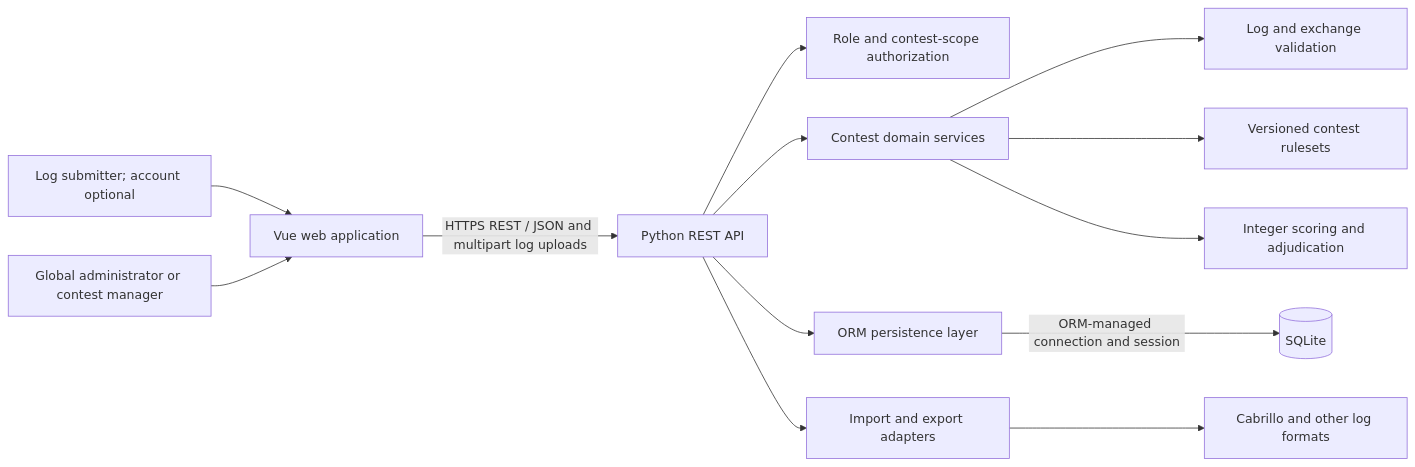
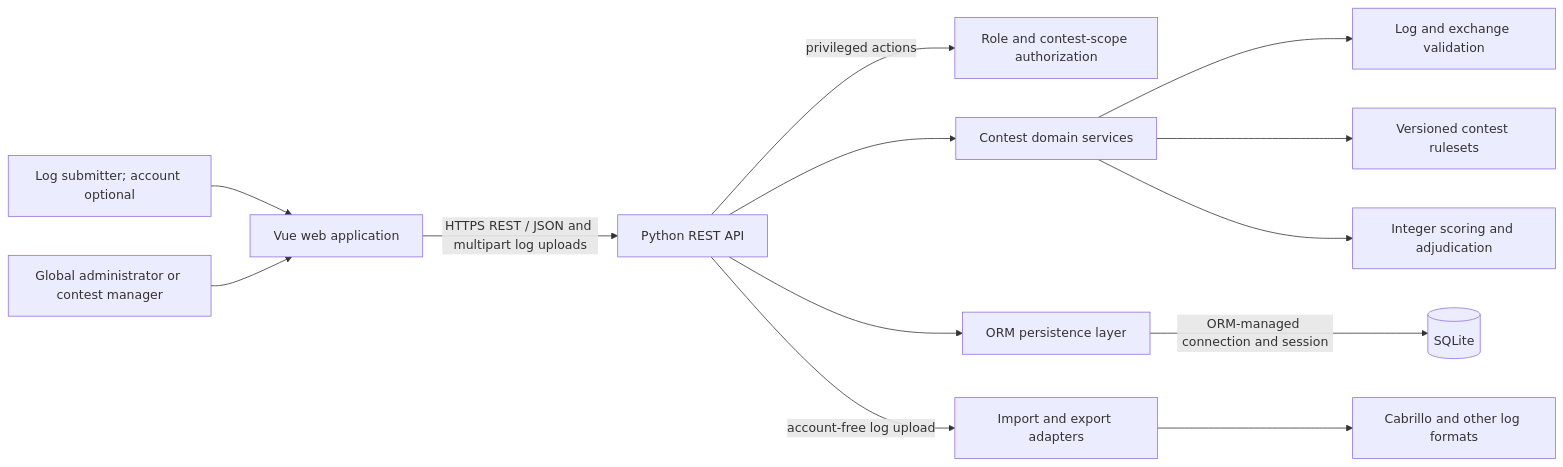
Before and after one commit to ea7klk/contestmaster: the first of 2 diagrams in documentation/README.md, drawn with Mermaid. The commit also changed other lines of this file, not shown here.

Commit message:
Clarify guest submission in role and data diagrams

````diff
--- a/documentation/README.md
+++ b/documentation/README.md
@@ -48,15 +48,15 @@
 ```mermaid
 flowchart LR
     Participant[Log submitter; account optional] --> Web[Vue web application]
     PrivilegedUser[Global administrator or contest manager] --> Web
     Web -->|HTTPS REST / JSON and multipart log uploads| API[Python REST API]
-    API --> Auth[Role and contest-scope authorization]
+    API -->|privileged actions| Auth[Role and contest-scope authorization]
     API --> Domain[Contest domain services]
     Domain --> Validation[Log and exchange validation]
     Domain --> Rules[Versioned contest rulesets]
     Domain --> Scoring[Integer scoring and adjudication]
     API --> Store[ORM persistence layer]
     Store -->|ORM-managed connection and session| DB[(SQLite)]
-    API --> Adapters[Import and export adapters]
+    API -->|account-free log upload| Adapters[Import and export adapters]
     Adapters --> Formats[Cabrillo and other log formats]
 ```
````
